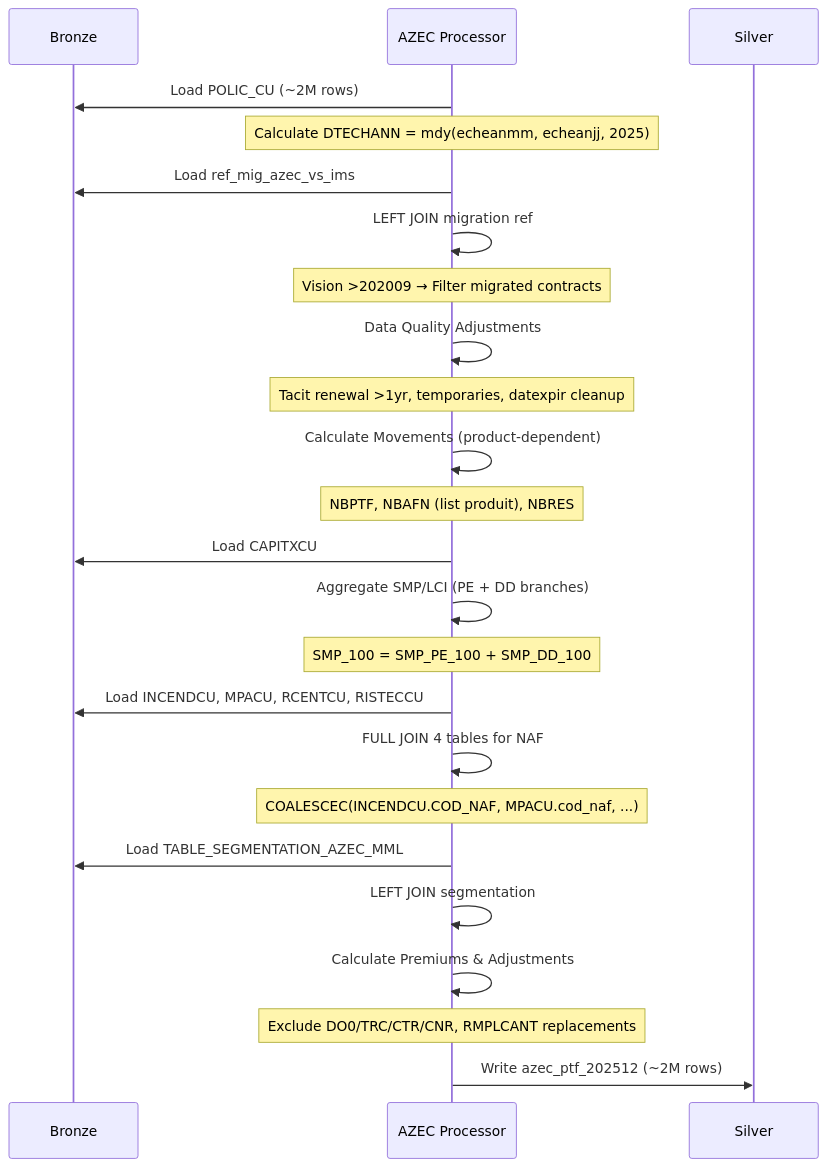
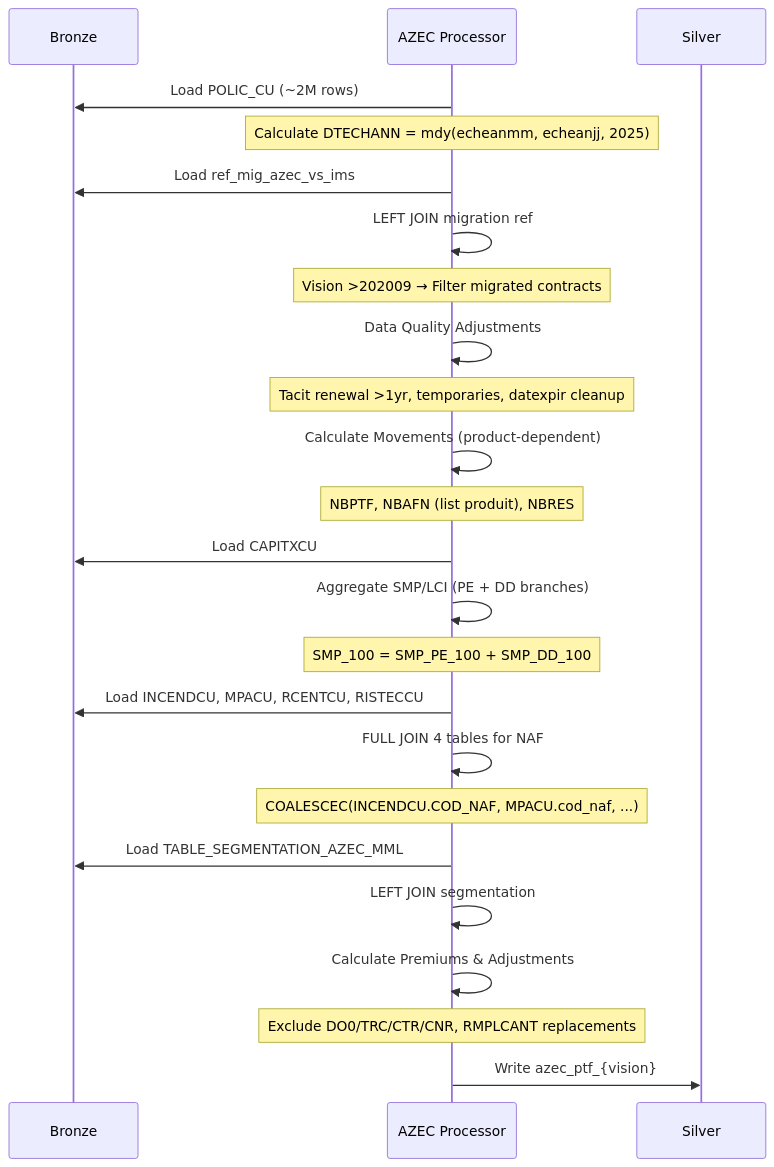
One commit to EngineerProjects/LocalIngest changed the second of 4 diagrams in code/new_python/docs/flux_donnees_pipelines.md. Above: the diagram before and after it, drawn with Mermaid. The commit also changed other lines of this file and 11 other files, not shown here.

````diff
--- a/code/new_python/docs/flux_donnees_pipelines.md
+++ b/code/new_python/docs/flux_donnees_pipelines.md
@@ -84,35 +84,35 @@
 ```mermaid
 sequenceDiagram
     participant B as Bronze
     participant AZECProc as AZEC Processor
     participant S as Silver
     
     AZECProc->>B: Load POLIC_CU (~2M rows)
     Note over AZECProc: Calculate DTECHANN = mdy(echeanmm, echeanjj, 2025)
     
     AZECProc->>B: Load ref_mig_azec_vs_ims
     AZECProc->>AZECProc: LEFT JOIN migration ref
     Note over AZECProc: Vision >202009 → Filter migrated contracts
     
     AZECProc->>AZECProc: Data Quality Adjustments
     Note over AZECProc: Tacit renewal >1yr, temporaries, datexpir cleanup
     
     AZECProc->>AZECProc: Calculate Movements (product-dependent)
     Note over AZECProc: NBPTF, NBAFN (list produit), NBRES
     
     AZECProc->>B: Load CAPITXCU
     AZECProc->>AZECProc: Aggregate SMP/LCI (PE + DD branches)
     Note over AZECProc: SMP_100 = SMP_PE_100 + SMP_DD_100
     
     AZECProc->>B: Load INCENDCU, MPACU, RCENTCU, RISTECCU
     AZECProc->>AZECProc: FULL JOIN 4 tables for NAF
     Note over AZECProc: COALESCEC(INCENDCU.COD_NAF, MPACU.cod_naf, ...)
     
     AZECProc->>B: Load TABLE_SEGMENTATION_AZEC_MML
     AZECProc->>AZECProc: LEFT JOIN segmentation
     
     AZECProc->>AZECProc: Calculate Premiums & Adjustments
     Note over AZECProc: Exclude DO0/TRC/CTR/CNR, RMPLCANT replacements
     
-    AZECProc->>S: Write azec_ptf_202512 (~2M rows)
+    AZECProc->>S: Write azec_ptf_{vision}
 ```
````
